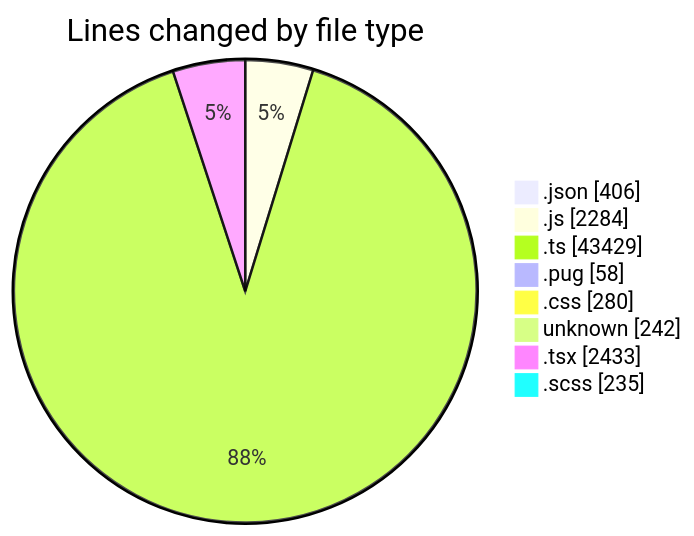
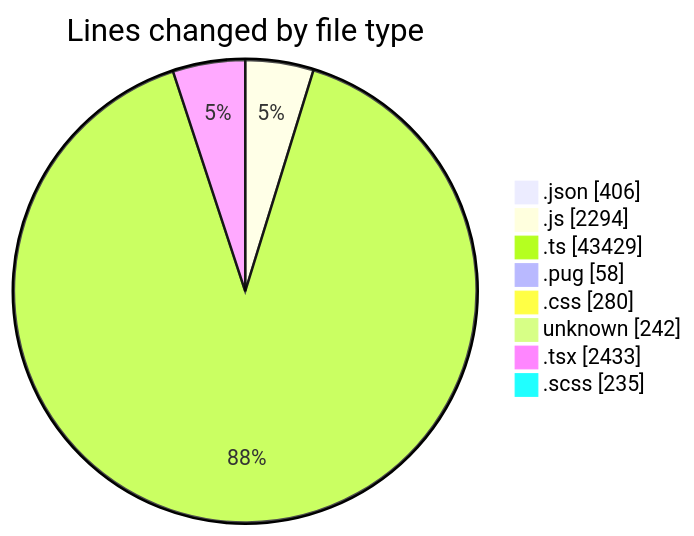
The first of 2 diagrams in 2026-06-02/cda/README.md (momahboobian/code-tracking), drawn with Mermaid before and after one commit. The commit also changed other lines of this file and 1 other file, not shown here.

````diff
--- a/2026-06-02/cda/README.md
+++ b/2026-06-02/cda/README.md
@@ -69,12 +69,12 @@
 ```mermaid
 pie showData
 title Lines changed by file type
 ".json" : 406
-".js" : 2284
+".js" : 2294
 ".ts" : 43429
 ".pug" : 58
 ".css" : 280
 "unknown" : 242
 ".tsx" : 2433
 ".scss" : 235
 ```
````
